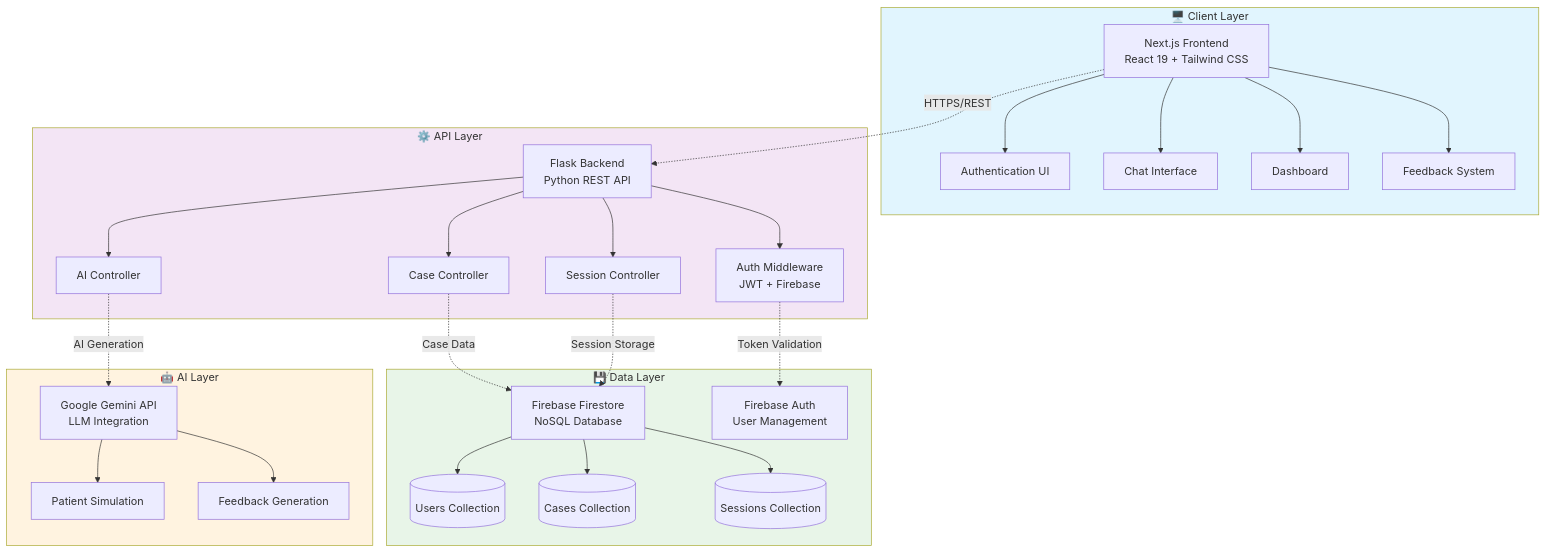
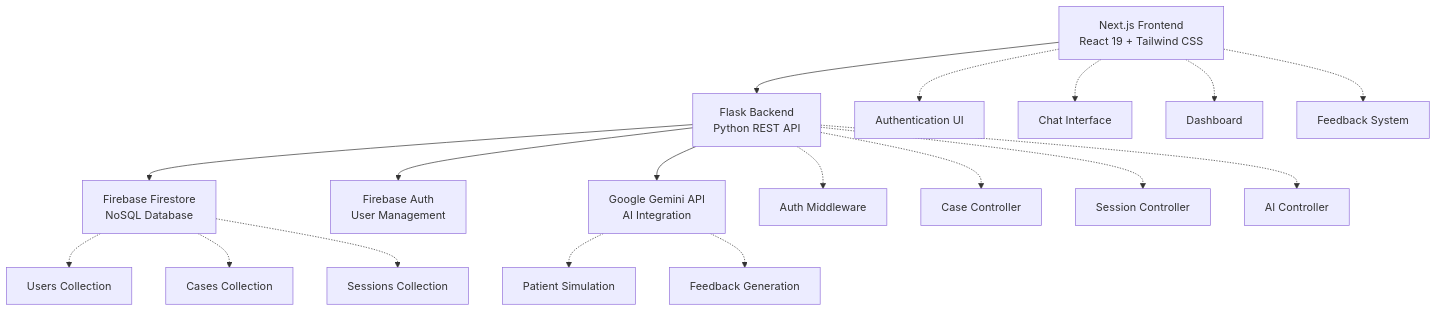
One commit to AnushtupGhosh5/Prognosis changed the first of 3 diagrams in README.md. Above: the diagram before and after it, drawn with Mermaid. The commit also changed other lines of this file and 3 other files, not shown here.

````diff
--- a/README.md
+++ b/README.md
@@ -19,56 +19,24 @@
 ```mermaid
-graph TB
-    subgraph Client["🖥️ Client Layer"]
-        A[Next.js Frontend<br/>React 19 + Tailwind CSS]
-        A1[Authentication UI]
-        A2[Chat Interface]
-        A3[Dashboard]
-        A4[Feedback System]
-        A --> A1
-        A --> A2
-        A --> A3
-        A --> A4
-    end
+flowchart TD
+    A["Next.js Frontend<br/>React 19 + Tailwind CSS"] --> B["Flask Backend<br/>Python REST API"]
+    B --> C["Firebase Firestore<br/>NoSQL Database"]
+    B --> D["Firebase Auth<br/>User Management"]
+    B --> E["Google Gemini API<br/>AI Integration"]
     
-    subgraph API["⚙️ API Layer"]
-        B[Flask Backend<br/>Python REST API]
-        B1[Auth Middleware<br/>JWT + Firebase]
-        B2[Case Controller]
-        B3[Session Controller]
-        B4[AI Controller]
-        B --> B1
-        B --> B2
-        B --> B3
-        B --> B4
-    end
+    A -.-> A1["Authentication UI"]
+    A -.-> A2["Chat Interface"]
+    A -.-> A3["Dashboard"]
+    A -.-> A4["Feedback System"]
     
-    subgraph Data["💾 Data Layer"]
-        C[Firebase Firestore<br/>NoSQL Database]
-        D[Firebase Auth<br/>User Management]
-        C1[(Users Collection)]
-        C2[(Cases Collection)]
-        C3[(Sessions Collection)]
-        C --> C1
-        C --> C2
-        C --> C3
-    end
+    B -.-> B1["Auth Middleware"]
+    B -.-> B2["Case Controller"]
+    B -.-> B3["Session Controller"]
+    B -.-> B4["AI Controller"]
     
-    subgraph AI["🤖 AI Layer"]
-        E[Google Gemini API<br/>LLM Integration]
-        E1[Patient Simulation]
-        E2[Feedback Generation]
-        E --> E1
-        E --> E2
-    end
+    C -.-> C1["Users Collection"]
+    C -.-> C2["Cases Collection"]
+    C -.-> C3["Sessions Collection"]
     
-    A -.->|HTTPS/REST| B
-    B1 -.->|Token Validation| D
-    B2 -.->|Case Data| C
-    B3 -.->|Session Storage| C
-    B4 -.->|AI Generation| E
-    
-    style Client fill:#e1f5fe
-    style API fill:#f3e5f5
-    style Data fill:#e8f5e8
-    style AI fill:#fff3e0
+    E -.-> E1["Patient Simulation"]
+    E -.-> E2["Feedback Generation"]
 ```
````
